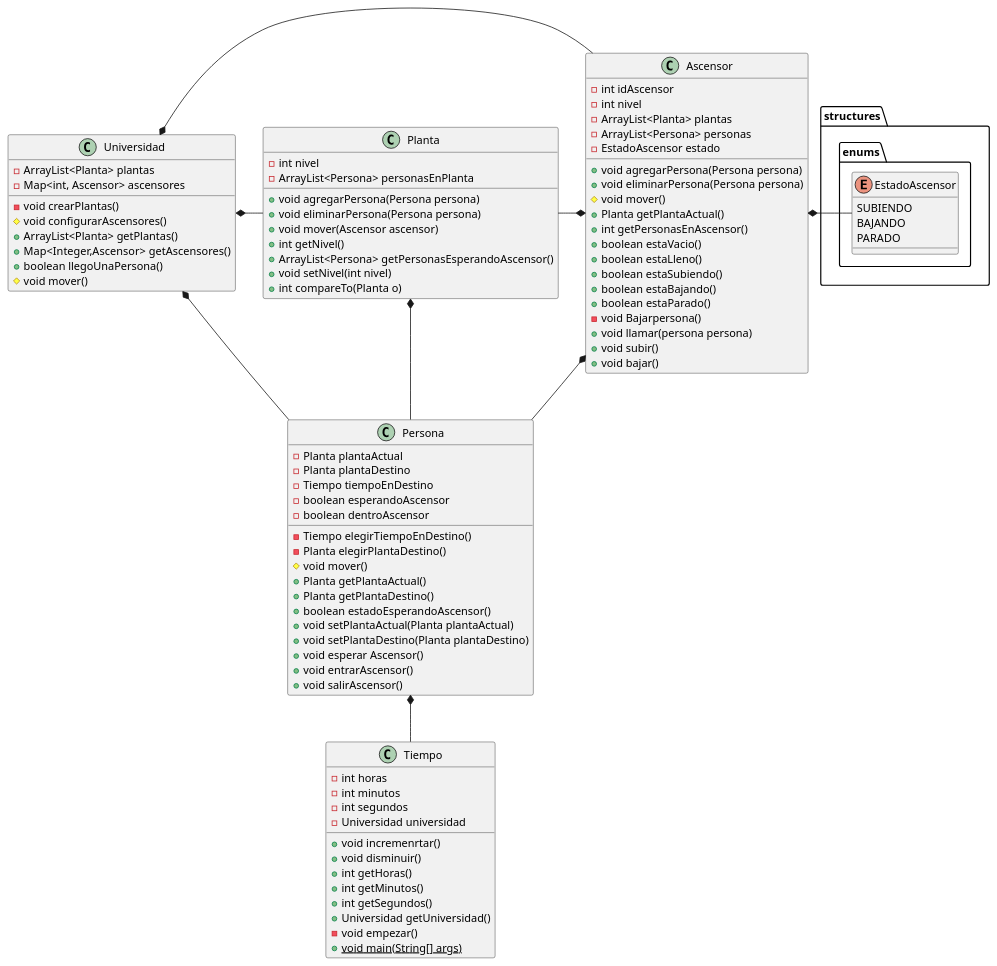
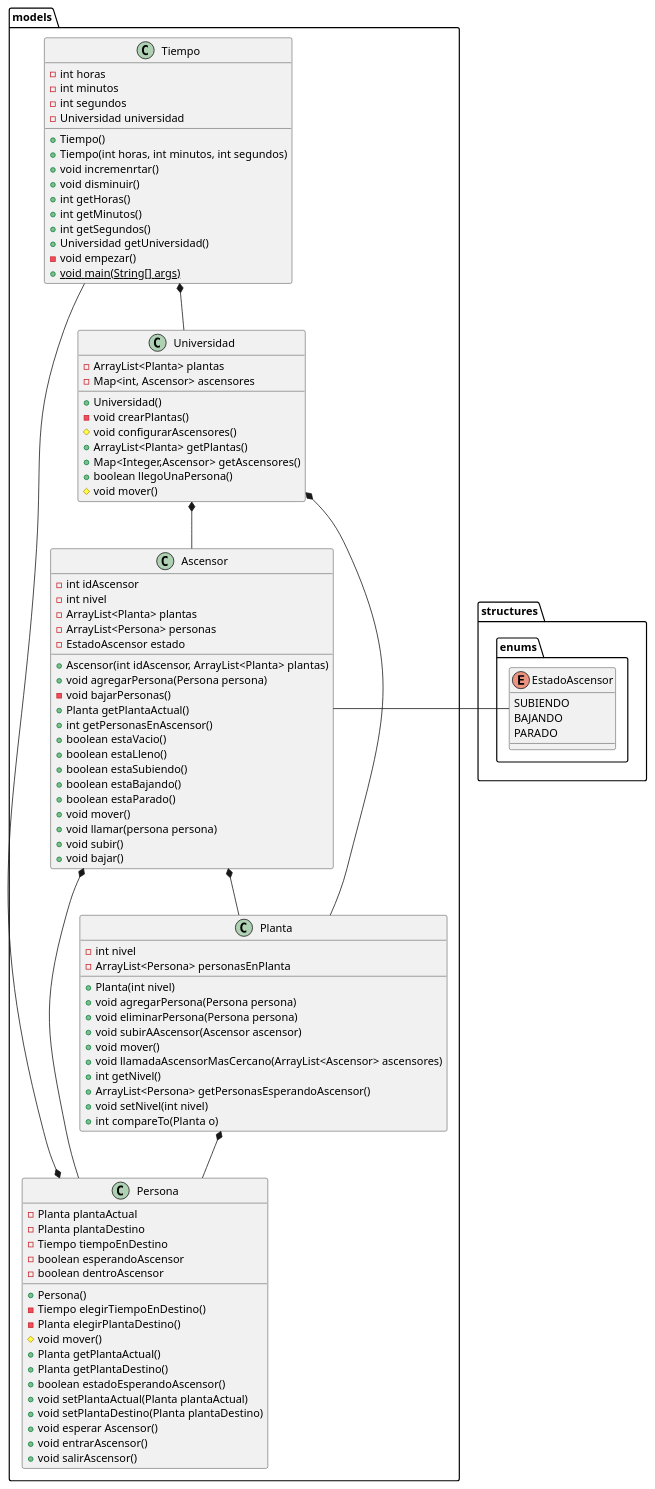
The diagram in entregas/Grupo4/ModeloDelDominio/diagramaDeClases.puml (mmasias/IdSw2-22-23), drawn with PlantUML before and after one commit.

Commit message:
update diagramas and code structures

```diff
--- a/entregas/Grupo4/ModeloDelDominio/diagramaDeClases.puml
+++ b/entregas/Grupo4/ModeloDelDominio/diagramaDeClases.puml
@@ -1,106 +1,109 @@
 @startuml modeloDelDominio
 
-class Persona {
+class "models.Persona" {
     - Planta plantaActual
     - Planta plantaDestino
     - Tiempo tiempoEnDestino
     - boolean esperandoAscensor
     - boolean dentroAscensor
+    + Persona()
     - Tiempo elegirTiempoEnDestino()
     - Planta elegirPlantaDestino()
     # void mover()
     + Planta getPlantaActual()
     + Planta getPlantaDestino()
     + boolean estadoEsperandoAscensor()
     + void setPlantaActual(Planta plantaActual)
     + void setPlantaDestino(Planta plantaDestino)
     + void esperar Ascensor()
     + void entrarAscensor()
     + void salirAscensor()
 
 }
 
 enum "structures.enums.EstadoAscensor" {
     SUBIENDO
     BAJANDO
     PARADO
 }
 
-class Tiempo {
+class "models.Tiempo" {
     - int horas
     - int minutos
     - int segundos 
     - Universidad universidad
+    + Tiempo()
+    + Tiempo(int horas, int minutos, int segundos)
     + void incremenrtar()
     + void disminuir()
     + int getHoras()
     + int getMinutos()
     + int getSegundos()
     + Universidad getUniversidad()
     - void empezar()
     + {static} void main(String[] args)
-
 }
 
 
-class Planta {
+class "models.Planta" {
     - int nivel
     - ArrayList<Persona> personasEnPlanta
+    + Planta(int nivel)
     + void agregarPersona(Persona persona)
     + void eliminarPersona(Persona persona)
-    + void mover(Ascensor ascensor)
+    + void subirAAscensor(Ascensor ascensor)
+    + void mover()
+    + void llamadaAscensorMasCercano(ArrayList<Ascensor> ascensores)
     + int getNivel()
     + ArrayList<Persona> getPersonasEsperandoAscensor()
     + void setNivel(int nivel)
     + int compareTo(Planta o)
 
 }
 
 
-class Ascensor {
+class "models.Ascensor" {
     - int idAscensor
     - int nivel
     - ArrayList<Planta> plantas
     - ArrayList<Persona> personas
     - EstadoAscensor estado
+    + Ascensor(int idAscensor, ArrayList<Planta> plantas) 
     + void agregarPersona(Persona persona)
-    + void eliminarPersona(Persona persona)
-    # void mover()
+    - void bajarPersonas()
     + Planta getPlantaActual()
     + int getPersonasEnAscensor()
     + boolean estaVacio()
     + boolean estaLleno()
     + boolean estaSubiendo()
     + boolean estaBajando()
     + boolean estaParado()
-    - void Bajarpersona()
+    + void mover()
     + void llamar(persona persona)
     + void subir()
     + void bajar()
 }
 
 
-class Universidad {
+class "models.Universidad" {
     - ArrayList<Planta> plantas
     - Map<int, Ascensor> ascensores
+    + Universidad()
     - void crearPlantas()
     # void configurarAscensores()
     + ArrayList<Planta> getPlantas()
     + Map<Integer,Ascensor> getAscensores()
     + boolean llegoUnaPersona()
     # void mover()
 }
 
 Ascensor *--d Persona 
-Ascensor *-u Planta 
-Ascensor *- "structures.enums.EstadoAscensor" 
-Universidad *- Ascensor 
-Universidad *- Planta 
-Universidad *- Persona 
+Ascensor *--d Planta 
+Ascensor ---r "structures.enums.EstadoAscensor"
+Universidad *-- Ascensor 
+Universidad *-- Planta
 Planta *--d Persona 
-Persona *--d Tiempo 
-
-
- 
+Persona *---u Tiempo 
+Tiempo *--d Universidad
 
 @enduml
```
